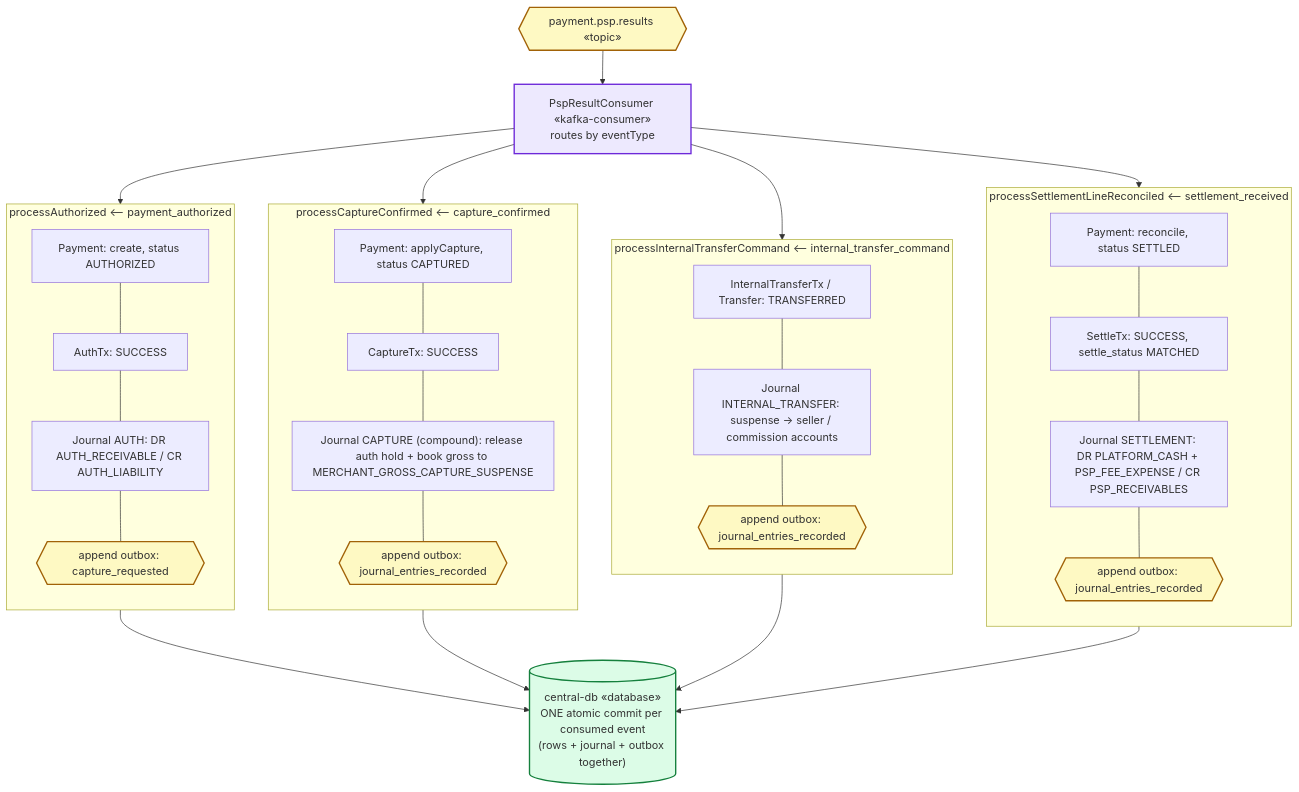
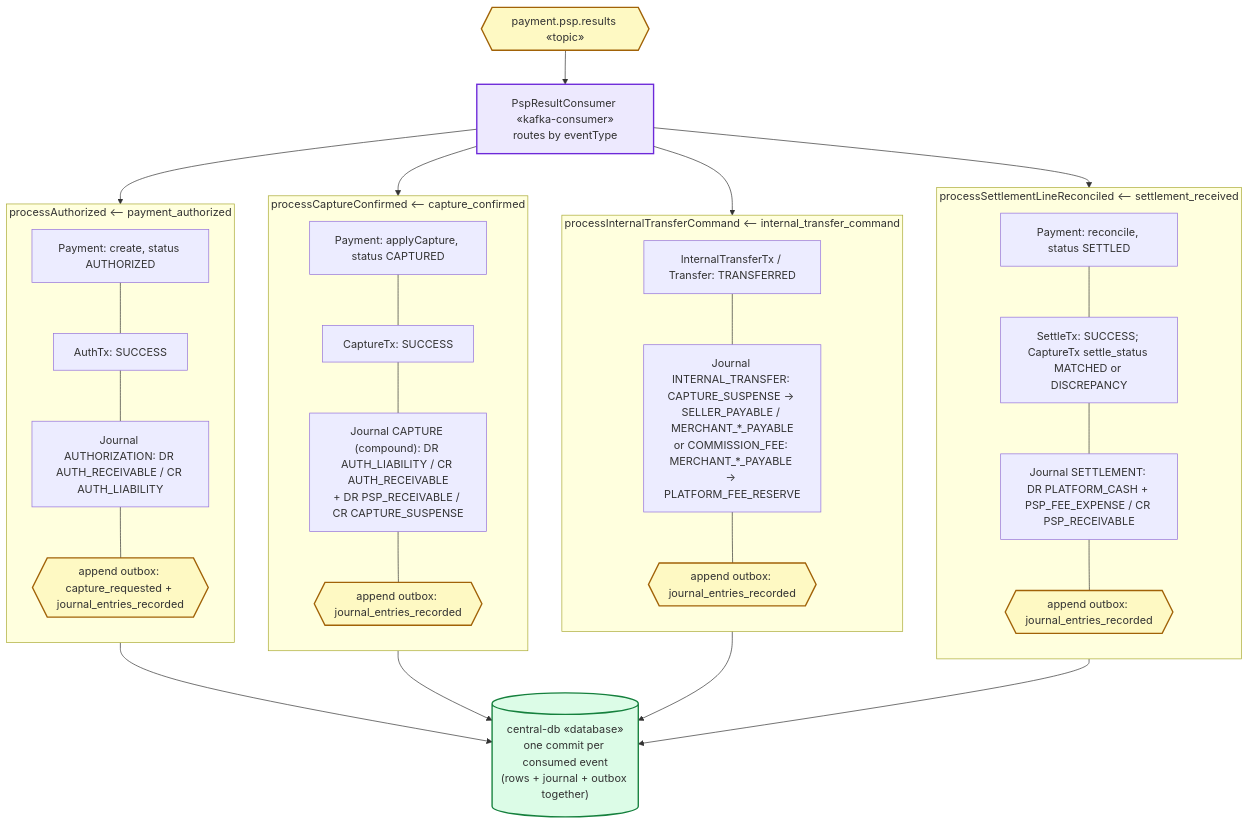
The sixth of 6 diagrams in docs/architecture/architecture.md (dcaglar/payment-platform-for-marketplaces), drawn with Mermaid before and after one commit. The commit also changed other lines of this file and 53 other files, not shown here.

````diff
--- a/docs/architecture/architecture.md
+++ b/docs/architecture/architecture.md
@@ -660,60 +723,60 @@
 ```mermaid
 flowchart TB
     classDef webapi fill:#dbeafe,stroke:#1d4ed8,stroke-width:2px
     classDef job fill:#ffedd5,stroke:#c2410c,stroke-width:2px
     classDef consumer fill:#ede9fe,stroke:#6d28d9,stroke-width:2px
     classDef db fill:#dcfce7,stroke:#15803d,stroke-width:2px
     classDef topic fill:#fef9c3,stroke:#a16207,stroke-width:2px
     classDef external fill:#f3f4f6,stroke:#6b7280,stroke-width:2px,stroke-dasharray:5 5
     classDef infra fill:#ccfbf1,stroke:#0f766e,stroke-width:2px
 
     TIN{{"payment.psp.results «topic»"}}:::topic
     CONS["PspResultConsumer «kafka-consumer»<br/>routes by eventType"]:::consumer
     TIN --> CONS
 
     subgraph B1["processAuthorized ⟵ payment_authorized"]
         direction TB
         A1["Payment: create, status AUTHORIZED"]
         A2["AuthTx: SUCCESS"]
-        A3["Journal AUTH: DR AUTH_RECEIVABLE / CR AUTH_LIABILITY"]
-        A4{{"append outbox: capture_requested"}}:::topic
+        A3["Journal AUTHORIZATION: DR AUTH_RECEIVABLE / CR AUTH_LIABILITY"]
+        A4{{"append outbox: capture_requested + journal_entries_recorded"}}:::topic
         A1 --- A2 --- A3 --- A4
     end
 
     subgraph B2["processCaptureConfirmed ⟵ capture_confirmed"]
         direction TB
         C1["Payment: applyCapture, status CAPTURED"]
         C2["CaptureTx: SUCCESS"]
-        C3["Journal CAPTURE (compound): release auth hold + book gross to MERCHANT_GROSS_CAPTURE_SUSPENSE"]
+        C3["Journal CAPTURE (compound): DR AUTH_LIABILITY / CR AUTH_RECEIVABLE<br/>+ DR PSP_RECEIVABLE / CR CAPTURE_SUSPENSE"]
         C4{{"append outbox: journal_entries_recorded"}}:::topic
         C1 --- C2 --- C3 --- C4
     end
 
     subgraph B3["processInternalTransferCommand ⟵ internal_transfer_command"]
         direction TB
         T1["InternalTransferTx / Transfer: TRANSFERRED"]
-        T2["Journal INTERNAL_TRANSFER: suspense → seller / commission accounts"]
+        T2["Journal INTERNAL_TRANSFER: CAPTURE_SUSPENSE → SELLER_PAYABLE / MERCHANT_*_PAYABLE<br/>or COMMISSION_FEE: MERCHANT_*_PAYABLE → PLATFORM_FEE_RESERVE"]
         T3{{"append outbox: journal_entries_recorded"}}:::topic
         T1 --- T2 --- T3
     end
 
     subgraph B4["processSettlementLineReconciled ⟵ settlement_received"]
         direction TB
         S1["Payment: reconcile, status SETTLED"]
-        S2["SettleTx: SUCCESS, settle_status MATCHED"]
-        S3["Journal SETTLEMENT: DR PLATFORM_CASH + PSP_FEE_EXPENSE / CR PSP_RECEIVABLES"]
+        S2["SettleTx: SUCCESS; CaptureTx settle_status MATCHED or DISCREPANCY"]
+        S3["Journal SETTLEMENT: DR PLATFORM_CASH + PSP_FEE_EXPENSE / CR PSP_RECEIVABLE"]
         S4{{"append outbox: journal_entries_recorded"}}:::topic
         S1 --- S2 --- S3 --- S4
     end
 
     CONS --> B1
     CONS --> B2
     CONS --> B3
     CONS --> B4
 
-    COMMIT[("central-db «database»<br/>ONE atomic commit per consumed event<br/>(rows + journal + outbox together)")]:::db
+    COMMIT[("central-db «database»<br/>one commit per consumed event<br/>(rows + journal + outbox together)")]:::db
     B1 --> COMMIT
     B2 --> COMMIT
     B3 --> COMMIT
     B4 --> COMMIT
 ```
````
